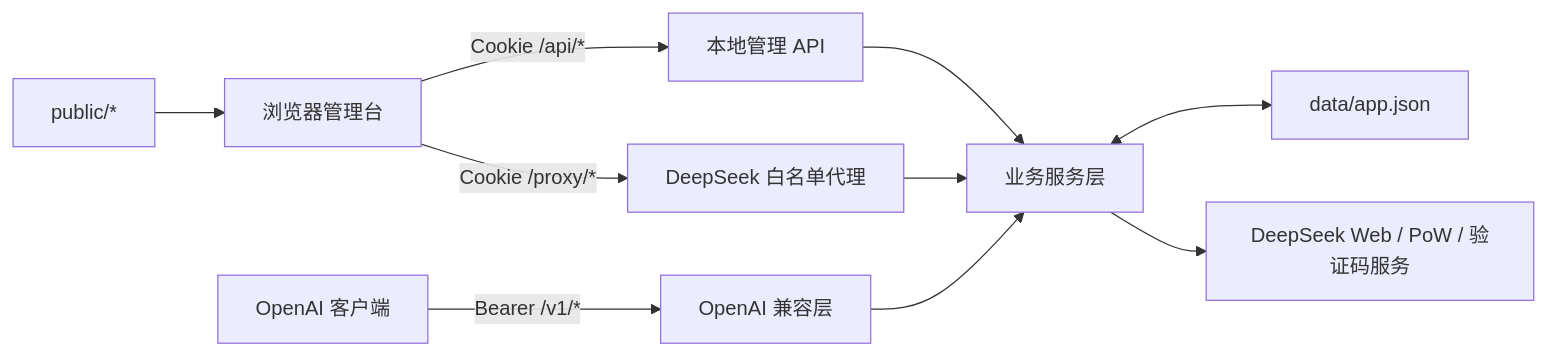
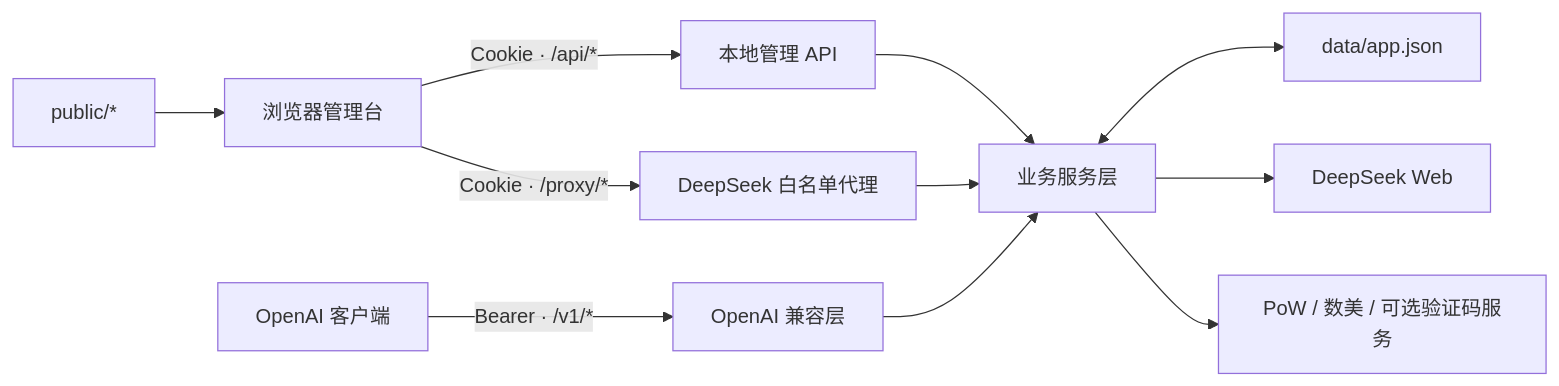
The first of 3 diagrams in docs/architecture.md (anpramila95/deepseek2api), drawn with Mermaid before and after one commit. The commit also changed other lines of this file and 71 other files, not shown here.

````diff
--- a/docs/architecture.md
+++ b/docs/architecture.md
@@ -7,12 +7,13 @@
 ```mermaid
 flowchart LR
-  UI["浏览器管理台"] -->|"Cookie /api/*"| API["本地管理 API"]
-  UI -->|"Cookie /proxy/*"| Proxy["DeepSeek 白名单代理"]
-  Client["OpenAI 客户端"] -->|"Bearer /v1/*"| OpenAI["OpenAI 兼容层"]
-  API --> Services["业务服务层"]
+  Browser["浏览器管理台"] -->|"Cookie · /api/*"| LocalAPI["本地管理 API"]
+  Browser -->|"Cookie · /proxy/*"| Proxy["DeepSeek 白名单代理"]
+  Client["OpenAI 客户端"] -->|"Bearer · /v1/*"| OpenAI["OpenAI 兼容层"]
+  LocalAPI --> Services["业务服务层"]
+  Proxy --> Services
   OpenAI --> Services
-  Proxy --> Services
   Services <--> Store["data/app.json"]
-  Services --> Upstream["DeepSeek Web / PoW / 验证码服务"]
-  Static["public/*"] --> UI
+  Services --> DeepSeek["DeepSeek Web"]
+  Services --> Challenge["PoW / 数美 / 可选验证码服务"]
+  Static["public/*"] --> Browser
 ```
````
